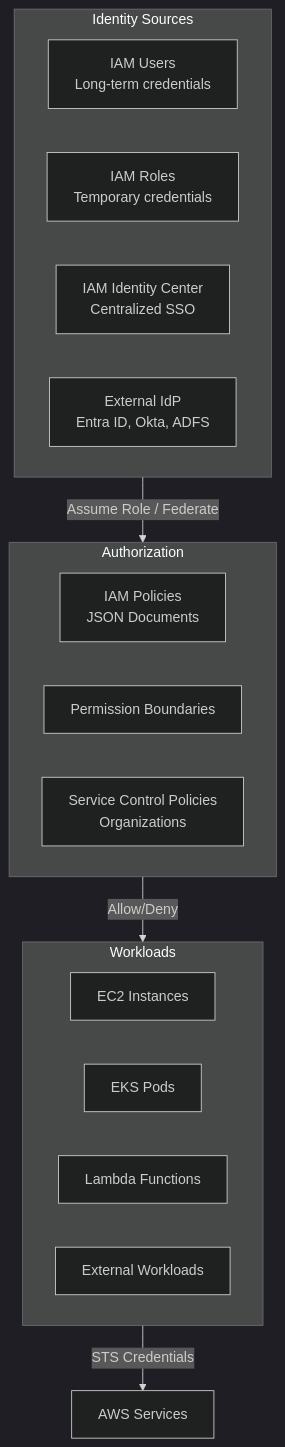
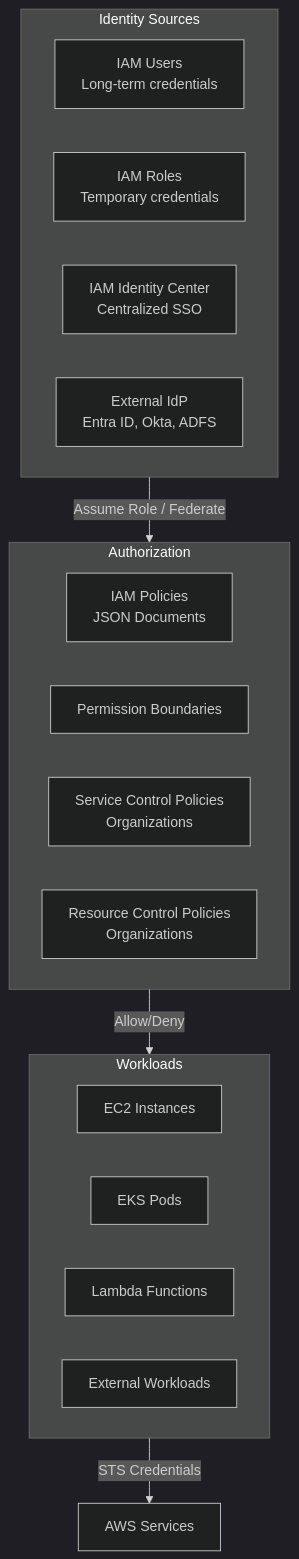
Before and after one commit to ajettesla/cloud-plaform-lnd-guide: the first of 3 diagrams in docs/03-iam/02-aws.md, drawn with Mermaid (dark theme). The commit also changed other lines of this file and 4 other files, not shown here.

````diff
--- a/docs/03-iam/02-aws.md
+++ b/docs/03-iam/02-aws.md
@@ -29,26 +32,27 @@
 ```mermaid
 graph TB
     subgraph Identity[Identity Sources]
         IAMUsers[IAM Users<br/>Long-term credentials]
         IAMRoles[IAM Roles<br/>Temporary credentials]
         IdC[IAM Identity Center<br/>Centralized SSO]
         ExtIdP[External IdP<br/>Entra ID, Okta, ADFS]
     end
     
     subgraph AuthZ[Authorization]
         Policies[IAM Policies<br/>JSON Documents]
         PermBoundaries[Permission Boundaries]
         SCPs[Service Control Policies<br/>Organizations]
+        RCPs[Resource Control Policies<br/>Organizations]
     end
     
     subgraph Compute[Workloads]
         EC2[EC2 Instances]
         EKS[EKS Pods]
         Lambda[Lambda Functions]
         External[External Workloads]
     end
     
     Identity -->|Assume Role / Federate| AuthZ
     AuthZ -->|Allow/Deny| Compute
     Compute -->|STS Credentials| AWS[AWS Services]
 ```
````
